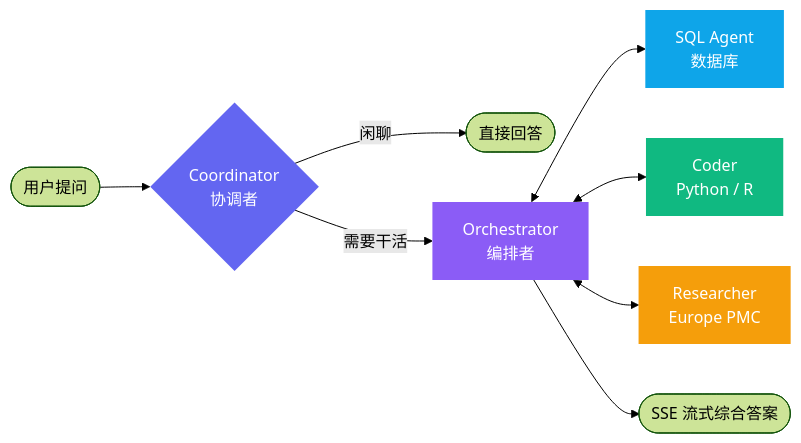
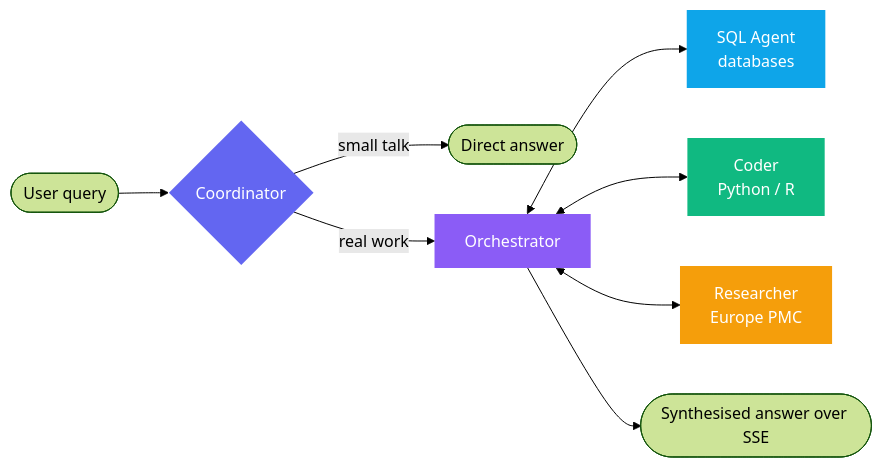
One commit to xukanz/genomechat changed the diagram in README.md. Above: the diagram before and after it, drawn with Mermaid (forest theme). The commit also changed other lines of this file and 3 other files, not shown here.

````diff
--- a/README.md
+++ b/README.md
@@ -71,16 +72,16 @@
 ```mermaid
 flowchart LR
-    START([用户提问]) --> C{Coordinator<br/>协调者}
-    C -->|闲聊| DONE([直接回答])
-    C -->|需要干活| O[Orchestrator<br/>编排者]
-    O <--> SQL[SQL Agent<br/>数据库]
+    START([User query]) --> C{Coordinator}
+    C -->|small talk| DONE([Direct answer])
+    C -->|real work| O[Orchestrator]
+    O <--> SQL[SQL Agent<br/>databases]
     O <--> CODER[Coder<br/>Python / R]
     O <--> RES[Researcher<br/>Europe PMC]
-    O --> OUT([SSE 流式综合答案])
+    O --> OUT([Synthesised answer over SSE])
 
     style C fill:#6366f1,color:#fff,stroke:none
     style O fill:#8b5cf6,color:#fff,stroke:none
     style SQL fill:#0ea5e9,color:#fff,stroke:none
     style CODER fill:#10b981,color:#fff,stroke:none
     style RES fill:#f59e0b,color:#fff,stroke:none
 ```
````
